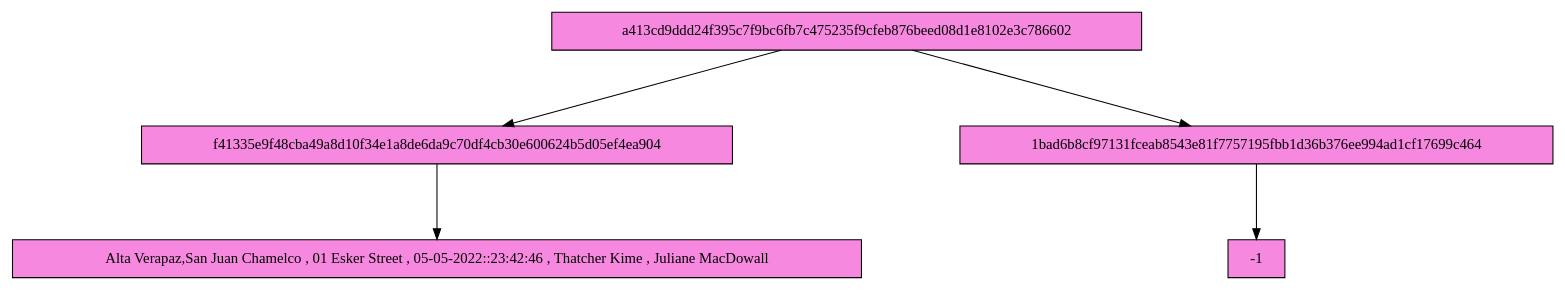
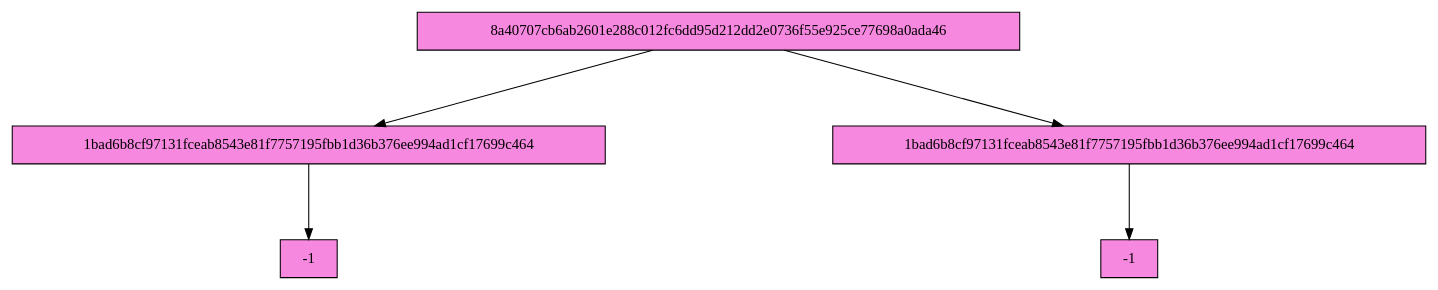
The diagram in FASE 3/Grafico/Merkle_1.dot (Serch-ING/EDD_UDRAWING_202000119), drawn with Graphviz before and after one commit. The commit also changed 155 other files, not shown here.

```diff
--- a/FASE 3/Grafico/Merkle_1.dot
+++ b/FASE 3/Grafico/Merkle_1.dot
@@ -1,16 +1,16 @@
 digraph G {
 nodesep=3; 
 ranksep=1;
 node[shape=box style = filled fillcolor="#F788DF"];
-	NodoABB629730209[ label="a413cd9ddd24f395c7f9bc6fb7c475235f9cfeb876beed08d1e8102e3c786602"  ];
-	NodoABB761421351[ label="f41335e9f48cba49a8d10f34e1a8de6da9c70df4cb30e600624b5d05ef4ea904"];
-NodoABB629730209->NodoABB761421351
-	NodoABB761421351[ label="f41335e9f48cba49a8d10f34e1a8de6da9c70df4cb30e600624b5d05ef4ea904"  ];
-	NodoABB761421351f41335e9f48cba49a8d10f34e1a8de6da9c70df4cb30e600624b5d05ef4ea904[ label="Alta Verapaz,San Juan Chamelco , 01 Esker Street , 05-05-2022::23:42:46 , Thatcher Kime , Juliane MacDowall"  ];
-NodoABB761421351->NodoABB761421351f41335e9f48cba49a8d10f34e1a8de6da9c70df4cb30e600624b5d05ef4ea904
-	NodoABB501475988[ label="1bad6b8cf97131fceab8543e81f7757195fbb1d36b376ee994ad1cf17699c464" ];
-NodoABB629730209->NodoABB501475988
-	NodoABB501475988[ label="1bad6b8cf97131fceab8543e81f7757195fbb1d36b376ee994ad1cf17699c464"  ];
-	NodoABB5014759881bad6b8cf97131fceab8543e81f7757195fbb1d36b376ee994ad1cf17699c464[ label="-1"  ];
-NodoABB501475988->NodoABB5014759881bad6b8cf97131fceab8543e81f7757195fbb1d36b376ee994ad1cf17699c464
+	NodoABB485368135[ label="8a40707cb6ab2601e288c012fc6dd95d212dd2e0736f55e925ce77698a0ada46"  ];
+	NodoABB589427473[ label="1bad6b8cf97131fceab8543e81f7757195fbb1d36b376ee994ad1cf17699c464"];
+NodoABB485368135->NodoABB589427473
+	NodoABB589427473[ label="1bad6b8cf97131fceab8543e81f7757195fbb1d36b376ee994ad1cf17699c464"  ];
+	NodoABB5894274731bad6b8cf97131fceab8543e81f7757195fbb1d36b376ee994ad1cf17699c464[ label="-1"  ];
+NodoABB589427473->NodoABB5894274731bad6b8cf97131fceab8543e81f7757195fbb1d36b376ee994ad1cf17699c464
+	NodoABB2059624858[ label="1bad6b8cf97131fceab8543e81f7757195fbb1d36b376ee994ad1cf17699c464" ];
+NodoABB485368135->NodoABB2059624858
+	NodoABB2059624858[ label="1bad6b8cf97131fceab8543e81f7757195fbb1d36b376ee994ad1cf17699c464"  ];
+	NodoABB20596248581bad6b8cf97131fceab8543e81f7757195fbb1d36b376ee994ad1cf17699c464[ label="-1"  ];
+NodoABB2059624858->NodoABB20596248581bad6b8cf97131fceab8543e81f7757195fbb1d36b376ee994ad1cf17699c464
 }
```
